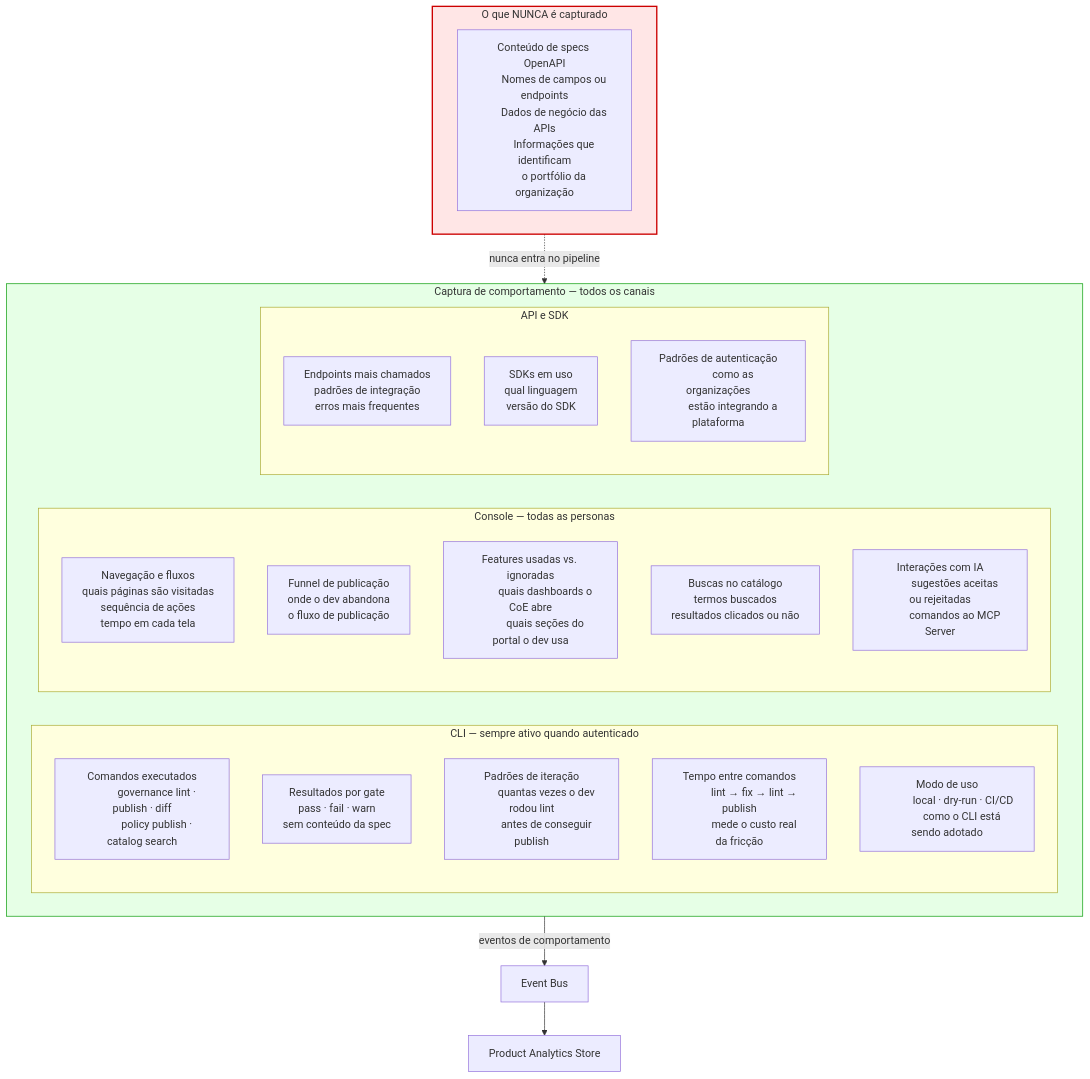
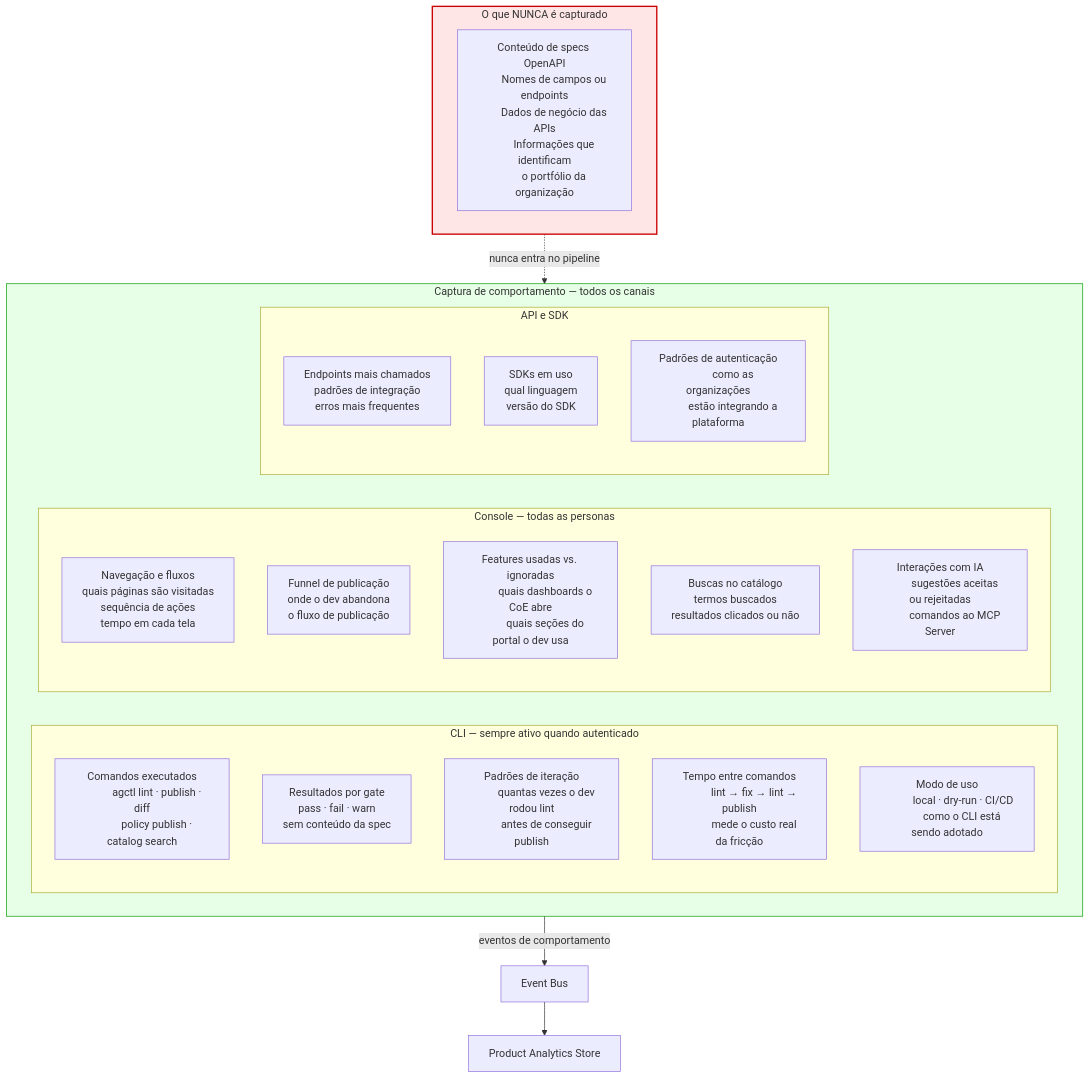
One commit to fgmira/estudo-api-management changed diagram 17 of 18 in docs/modulo-7-plataforma_infraestrutura/cap_7_2_arquitetura_referencia.md. Above: the diagram before and after it, drawn with Mermaid. The commit also changed other lines of this file and 4 other files, not shown here.

````diff
--- a/docs/modulo-7-plataforma_infraestrutura/cap_7_2_arquitetura_referencia.md
+++ b/docs/modulo-7-plataforma_infraestrutura/cap_7_2_arquitetura_referencia.md
@@ -869,70 +884,70 @@
 ```mermaid
 graph TB
     subgraph canais["Captura de comportamento — todos os canais"]
         direction LR
 
         subgraph cli_capture["CLI — sempre ativo quando autenticado"]
             c1["Comandos executados
-            governance lint · publish · diff
+            agctl lint · publish · diff
             policy publish · catalog search"]
             c2["Resultados por gate
             pass · fail · warn
             sem conteúdo da spec"]
             c3["Padrões de iteração
             quantas vezes o dev rodou lint
             antes de conseguir publish"]
             c4["Tempo entre comandos
             lint → fix → lint → publish
             mede o custo real da fricção"]
             c5["Modo de uso
             local · dry-run · CI/CD
             como o CLI está sendo adotado"]
         end
 
         subgraph console_capture["Console — todas as personas"]
             co1["Navegação e fluxos
             quais páginas são visitadas
             sequência de ações
             tempo em cada tela"]
             co2["Funnel de publicação
             onde o dev abandona
             o fluxo de publicação"]
             co3["Features usadas vs. ignoradas
             quais dashboards o CoE abre
             quais seções do portal o dev usa"]
             co4["Buscas no catálogo
             termos buscados
             resultados clicados ou não"]
             co5["Interações com IA
             sugestões aceitas ou rejeitadas
             comandos ao MCP Server"]
         end
 
         subgraph api_capture["API e SDK"]
             a1["Endpoints mais chamados
             padrões de integração
             erros mais frequentes"]
             a2["SDKs em uso
             qual linguagem
             versão do SDK"]
             a3["Padrões de autenticação
             como as organizações
             estão integrando a plataforma"]
         end
     end
 
     subgraph o_que_nunca["O que NUNCA é capturado"]
         n1["Conteúdo de specs OpenAPI
         Nomes de campos ou endpoints
         Dados de negócio das APIs
         Informações que identificam
         o portfólio da organização"]
     end
 
     canais -->|"eventos de comportamento"| eventbus3["Event Bus"]
     eventbus3 --> product_store["Product Analytics Store"]
     o_que_nunca -.->|"nunca entra no pipeline"| canais
 
     style canais fill:#e6ffe6,stroke:#009900
     style o_que_nunca fill:#ffe6e6,stroke:#cc0000,stroke-width:2px
 ```
````
